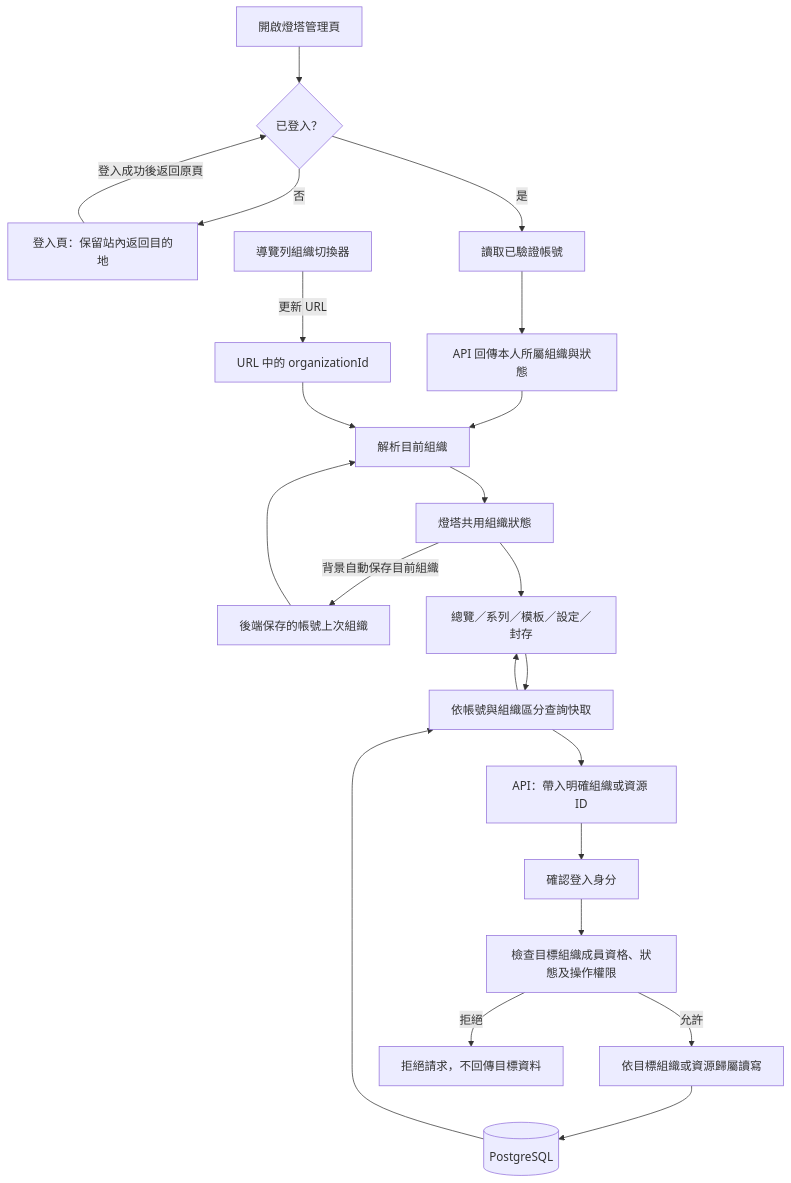
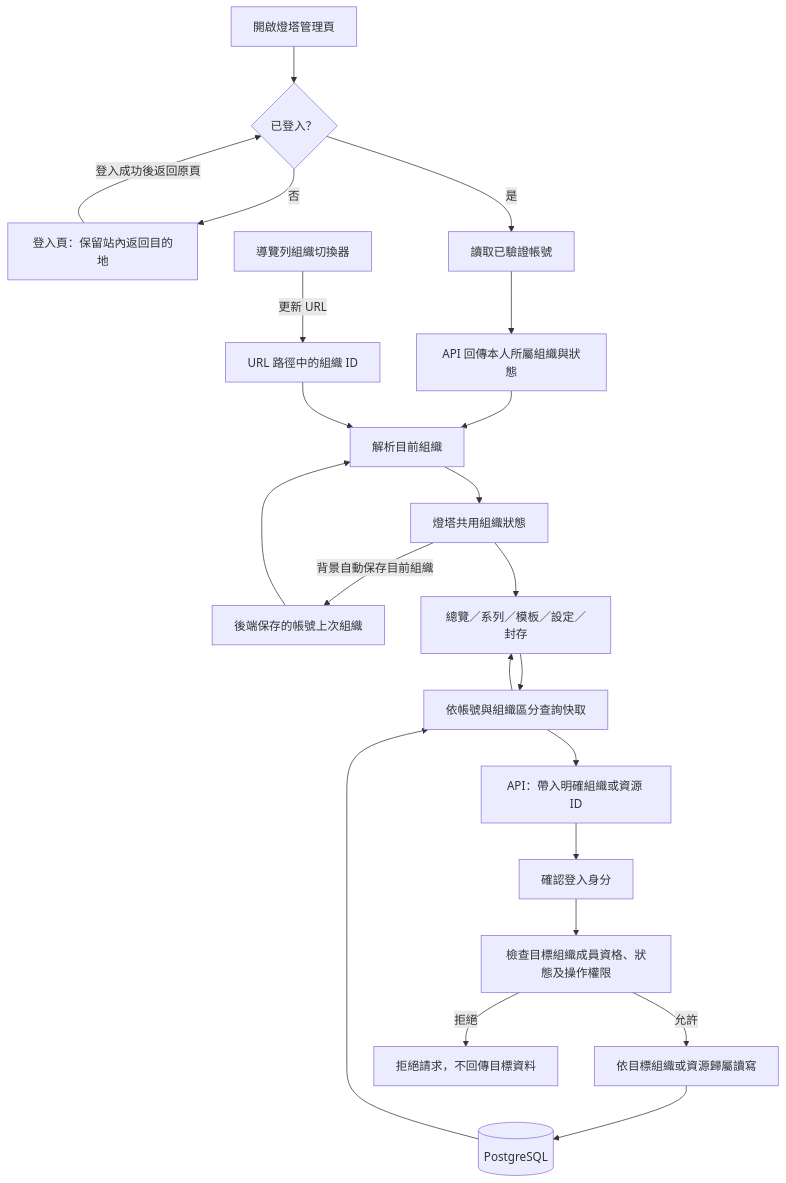
Before and after one commit to daodaoedu/daodao: the second of 4 diagrams in docs/product/lighthouse/organization-context-architecture.md, drawn with Mermaid. The commit also changed other lines of this file and 3 other files, not shown here.

````diff
--- a/docs/product/lighthouse/organization-context-architecture.md
+++ b/docs/product/lighthouse/organization-context-architecture.md
@@ -65,24 +67,24 @@
 ```mermaid
 flowchart TD
     Entry[開啟燈塔管理頁] --> Session{已登入？}
     Session -->|否| SignIn[登入頁：保留站內返回目的地]
     SignIn -->|登入成功後返回原頁| Session
     Session -->|是| Login[讀取已驗證帳號]
     Login --> Membership[API 回傳本人所屬組織與狀態]
     Membership --> Resolve[解析目前組織]
-    URL[URL 中的 organizationId] --> Resolve
+    URL[URL 路徑中的組織 ID] --> Resolve
     Last[後端保存的帳號上次組織] --> Resolve
     Resolve --> Context[燈塔共用組織狀態]
     Switcher[導覽列組織切換器] -->|更新 URL| URL
     Context -->|背景自動保存目前組織| Last
     Context --> Pages[總覽／系列／模板／設定／封存]
     Pages --> Query[依帳號與組織區分查詢快取]
     Query --> API[API：帶入明確組織或資源 ID]
     API --> Auth[確認登入身分]
     Auth --> Access[檢查目標組織成員資格、狀態及操作權限]
     Access -->|允許| Scoped[依目標組織或資源歸屬讀寫]
     Access -->|拒絕| Deny[拒絕請求，不回傳目標資料]
     Scoped --> DB[(PostgreSQL)]
     DB --> Query
     Query --> Pages
 ```
````
